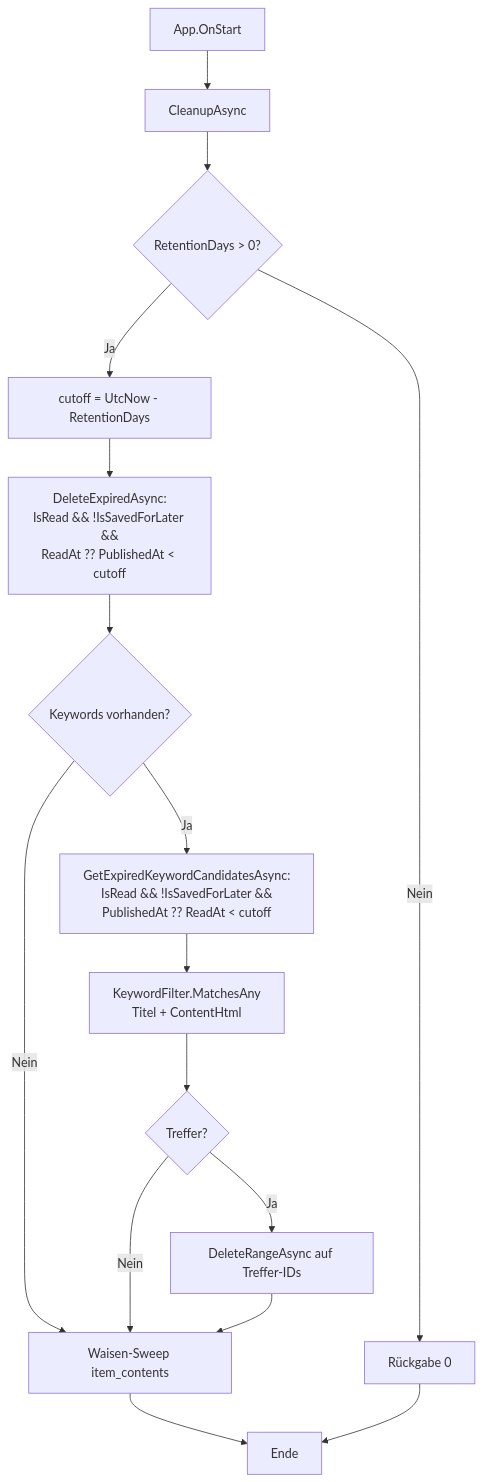
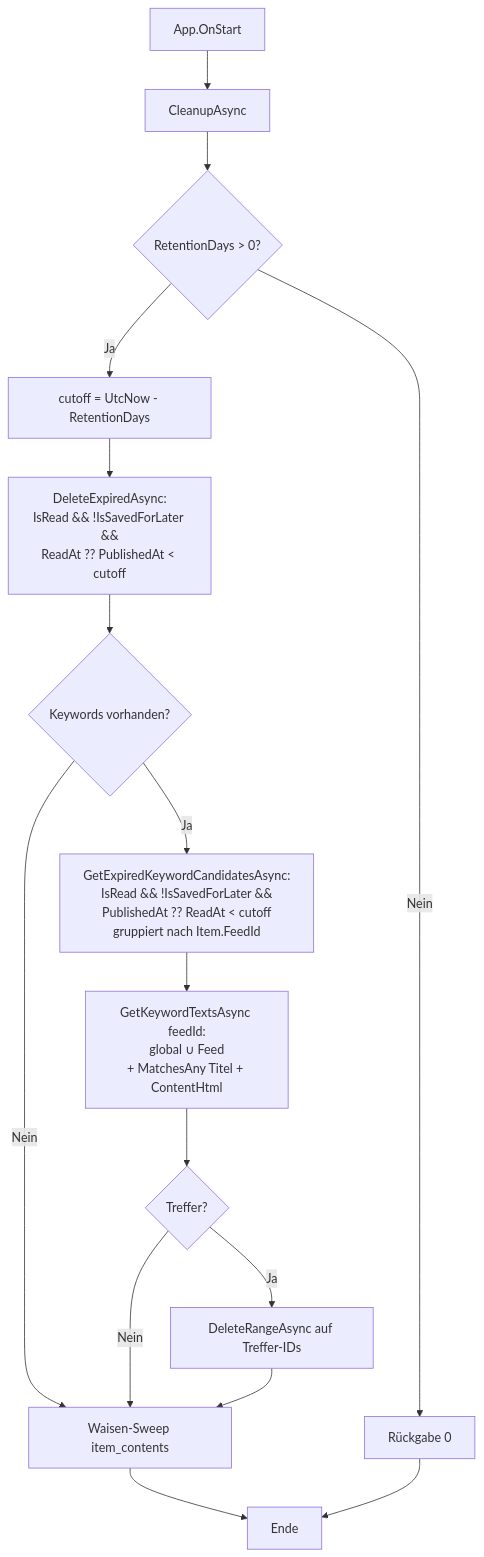
The first of 2 diagrams in docs/help/einstellungen/ablauf-technisch.md (martin-stromberg/Reporter), drawn with Mermaid before and after one commit. The commit also changed other lines of this file and 71 other files, not shown here.

Commit message:
feat: Stichwort-Filter pro Feed (Issue #116)

````diff
--- a/docs/help/einstellungen/ablauf-technisch.md
+++ b/docs/help/einstellungen/ablauf-technisch.md
@@ -110,18 +113,18 @@
 ```mermaid
 flowchart TD
     A[App.OnStart] --> B[CleanupAsync]
     B --> C{RetentionDays > 0?}
     C -- Nein --> Z[Rückgabe 0]
     C -- Ja --> D[cutoff = UtcNow - RetentionDays]
     D --> E[DeleteExpiredAsync:<br/>IsRead && !IsSavedForLater &&<br/>ReadAt ?? PublishedAt < cutoff]
     E --> F{Keywords vorhanden?}
     F -- Nein --> O[Waisen-Sweep item_contents]
-    F -- Ja --> H[GetExpiredKeywordCandidatesAsync:<br/>IsRead && !IsSavedForLater &&<br/>PublishedAt ?? ReadAt < cutoff]
-    H --> I[KeywordFilter.MatchesAny<br/>Titel + ContentHtml]
+    F -- Ja --> H[GetExpiredKeywordCandidatesAsync:<br/>IsRead && !IsSavedForLater &&<br/>PublishedAt ?? ReadAt < cutoff<br/>gruppiert nach Item.FeedId]
+    H --> I[GetKeywordTextsAsync feedId:<br/>global ∪ Feed<br/>+ MatchesAny Titel + ContentHtml]
     I --> J{Treffer?}
     J -- Nein --> O
     J -- Ja --> K[DeleteRangeAsync auf Treffer-IDs]
     K --> O
     O --> G[Ende]
     Z --> G
 ```
````
